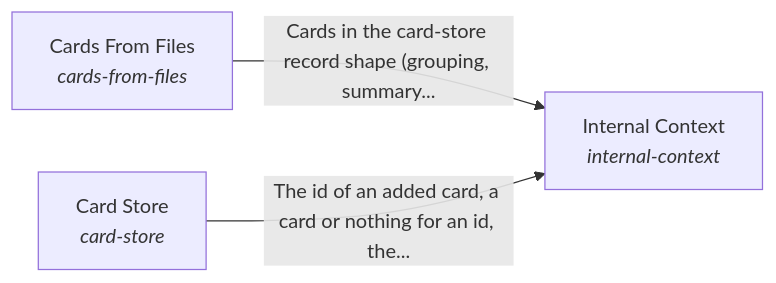
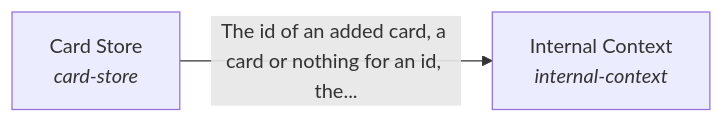
One commit to SpiritualData/ai-hub-of-hubs-structure changed the diagram in hubofhubs/the_body/README.md. Above: the diagram before and after it, drawn with Mermaid. The commit also changed other lines of this file and 243 other files, not shown here.

First line of the commit message:
Hierarchy built flow-first: ids match names, replan loop, no fallback answer, real arms and metrics, Request Intake, Proactivity, Retriever merge

````diff
--- a/hubofhubs/the_body/README.md
+++ b/hubofhubs/the_body/README.md
@@ -17,8 +17,6 @@
 ```mermaid
 flowchart LR
-    s0["Cards From Files<br/><i>cards-from-files</i>"]
-    s1["Card Store<br/><i>card-store</i>"]
-    s2["Internal Context<br/><i>internal-context</i>"]
-    s0 -->|"Cards in the card-store record shape (grouping, summary..."| s2
-    s1 -->|"The id of an added card, a card or nothing for an id, the..."| s2
+    s0["Card Store<br/><i>card-store</i>"]
+    s1["Internal Context<br/><i>internal-context</i>"]
+    s0 -->|"The id of an added card, a card or nothing for an id, the..."| s1
 ```
````
